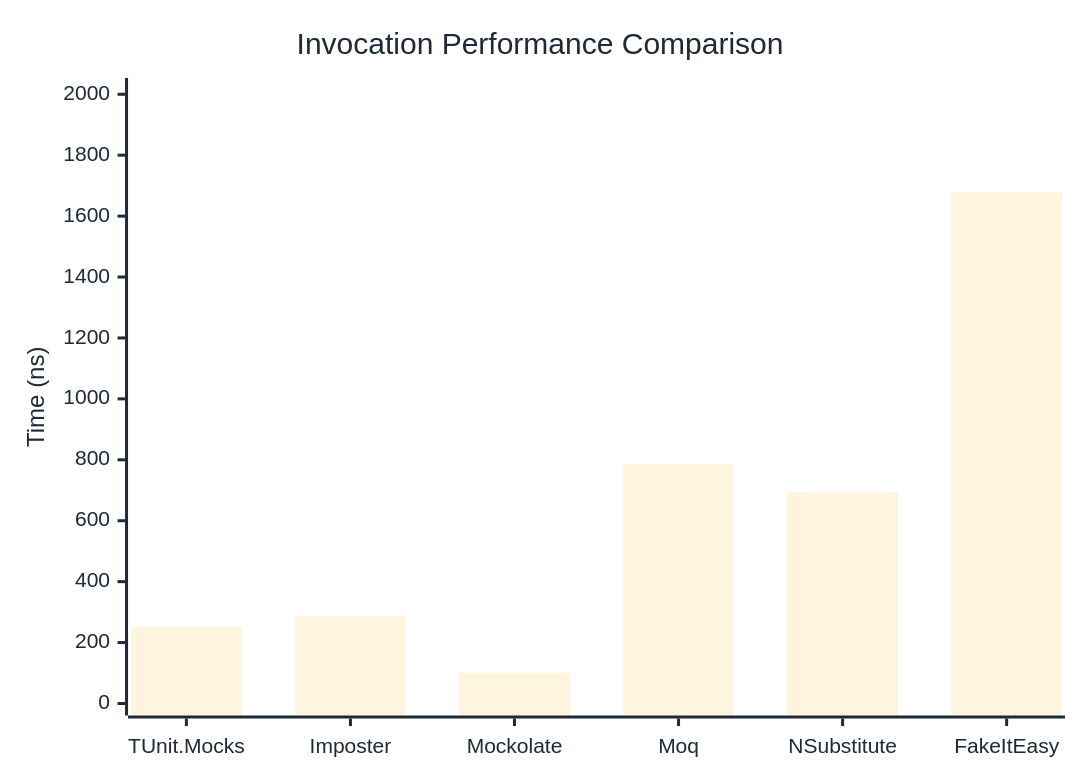
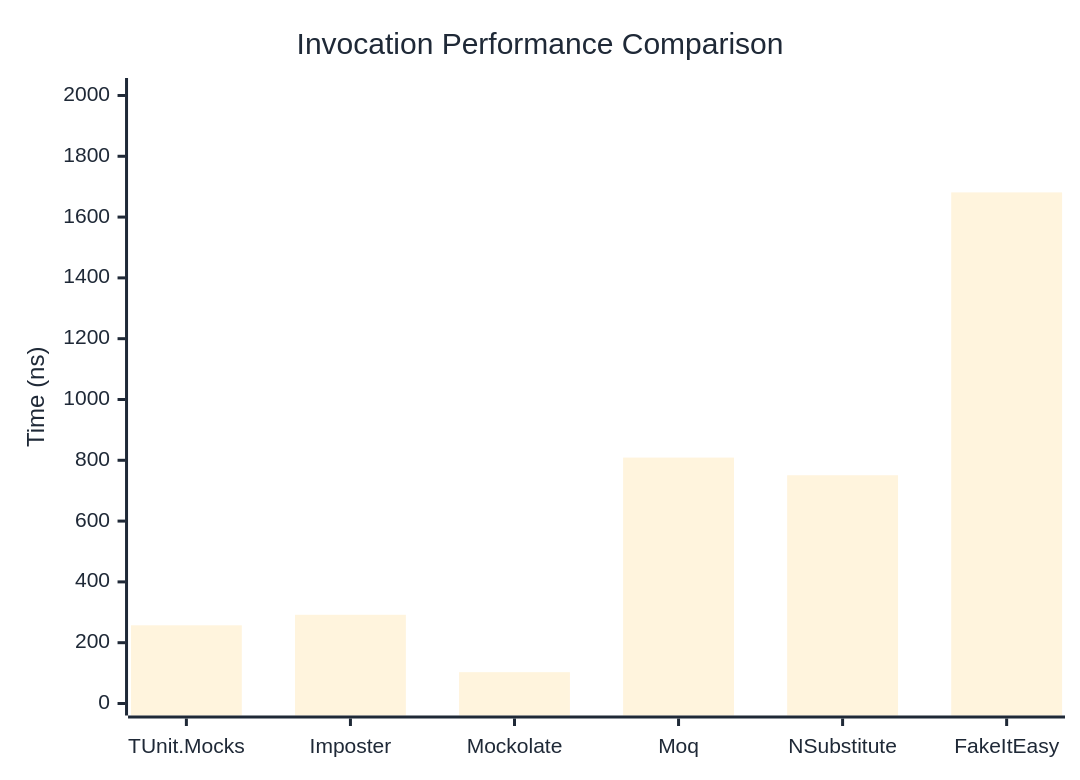
Before and after one commit to thomhurst/TUnit: the first of 3 diagrams in docs/docs/benchmarks/mocks/Invocation.md, drawn with Mermaid. The commit also changed other lines of this file and 14 other files, not shown here.

````diff
--- a/docs/docs/benchmarks/mocks/Invocation.md
+++ b/docs/docs/benchmarks/mocks/Invocation.md
@@ -28,27 +28,27 @@
 ```mermaid
 %%{init: {
   'theme':'base',
   'themeVariables': {
     'primaryColor': '#2563eb',
     'primaryTextColor': '#1f2937',
     'primaryBorderColor': '#1e40af',
     'lineColor': '#6b7280',
     'secondaryColor': '#7c3aed',
     'tertiaryColor': '#dc2626',
     'background': '#ffffff',
     'pie1': '#2563eb',
     'pie2': '#7c3aed',
     'pie3': '#dc2626',
     'pie4': '#f59e0b',
     'pie5': '#10b981',
     'pie6': '#06b6d4',
     'pie7': '#ec4899',
     'pie8': '#6366f1'
   }
 }}%%
 xychart-beta
   title "Invocation Performance Comparison"
   x-axis ["TUnit.Mocks", "Imposter", "Mockolate", "Moq", "NSubstitute", "FakeItEasy"]
-  y-axis "Time (ns)" 0 --> 2014
-  bar [252.11, 287.71, 101.11, 785.48, 693.53, 1678.21]
+  y-axis "Time (ns)" 0 --> 2018
+  bar [257.2, 291.84, 103.05, 808.89, 750.83, 1681.17]
 ```
````
